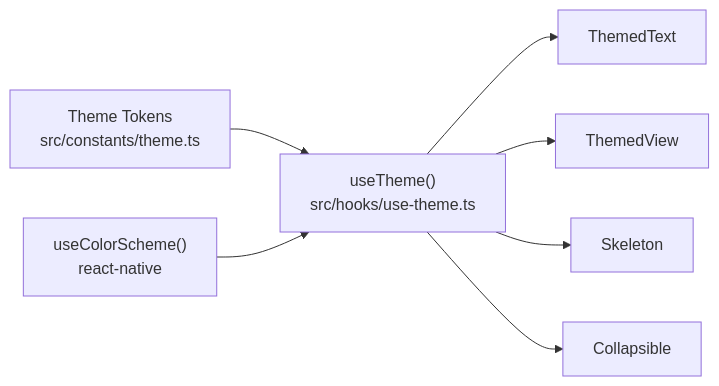
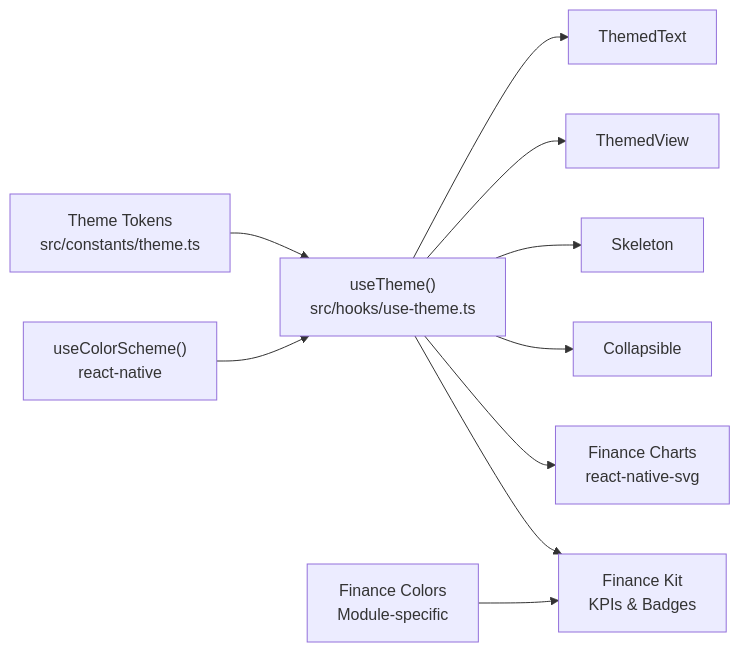
The second of 9 diagrams in .qoder/repowiki/en/content/Component Library.md (Muhammad-Masood/tijarah-ai-app), drawn with Mermaid before and after one commit. The commit also changed other lines of this file and 25 other files, not shown here.

````diff
--- a/.qoder/repowiki/en/content/Component Library.md
+++ b/.qoder/repowiki/en/content/Component Library.md
@@ -112,9 +227,12 @@
 ```mermaid
 graph LR
 Theme["Theme Tokens<br/>src/constants/theme.ts"] --> Hook["useTheme()<br/>src/hooks/use-theme.ts"]
 Hook --> ThemedText["ThemedText"]
 Hook --> ThemedView["ThemedView"]
 Hook --> Skeleton["Skeleton"]
 Hook --> Collapsible["Collapsible"]
+Hook --> FinanceCharts["Finance Charts<br/>react-native-svg"]
+Hook --> FinanceKit["Finance Kit<br/>KPIs & Badges"]
+FinanceColors["Finance Colors<br/>Module-specific"] --> FinanceKit
 ColorScheme["useColorScheme()<br/>react-native"] --> Hook
 ```
````
